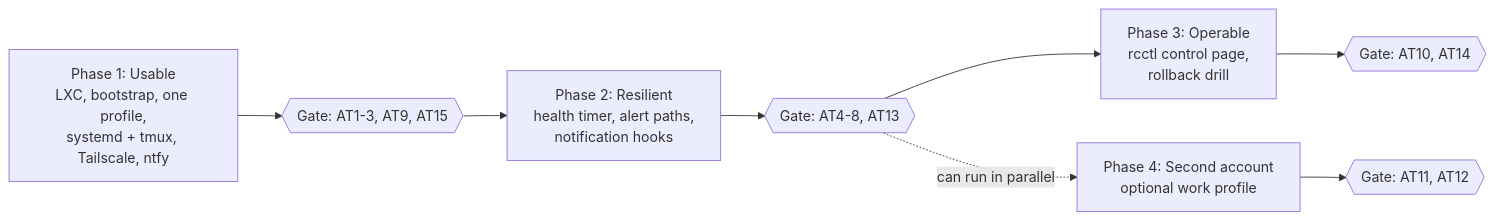
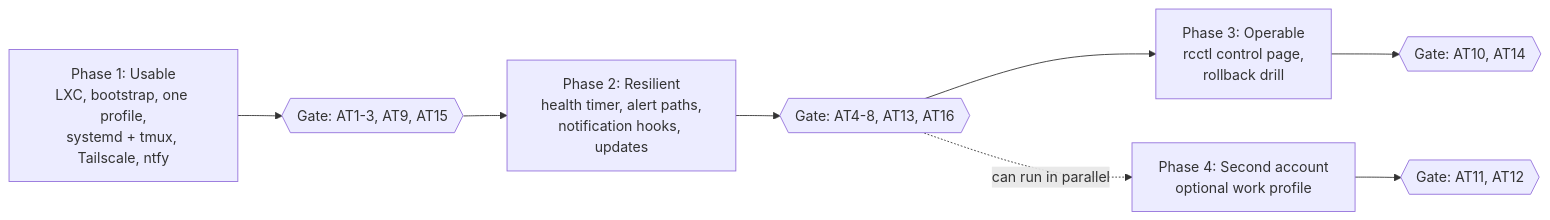
Before and after one commit to andy-wilson/claude-gw: the third of 3 diagrams in docs/design.md, drawn with Mermaid. The commit also changed other lines of this file and 8 other files, not shown here.

Commit message:
rc-update: Claude Code updates from npm stable with health-checked revert; opt-in nightly timer

````diff
--- a/docs/design.md
+++ b/docs/design.md
@@ -247,13 +248,13 @@
 ```mermaid
 flowchart LR
   p1["Phase 1: Usable<br/>LXC, bootstrap, one profile,<br/>systemd + tmux, Tailscale, ntfy"]
   g1{{"Gate: AT1-3, AT9, AT15"}}
-  p2["Phase 2: Resilient<br/>health timer, alert paths,<br/>notification hooks"]
-  g2{{"Gate: AT4-8, AT13"}}
+  p2["Phase 2: Resilient<br/>health timer, alert paths,<br/>notification hooks, updates"]
+  g2{{"Gate: AT4-8, AT13, AT16"}}
   p3["Phase 3: Operable<br/>rcctl control page,<br/>rollback drill"]
   g3{{"Gate: AT10, AT14"}}
   p4["Phase 4: Second account<br/>optional work profile"]
   g4{{"Gate: AT11, AT12"}}
   p1 --> g1 --> p2 --> g2 --> p3 --> g3
   g2 -. can run in parallel .-> p4 --> g4
 ```
````
